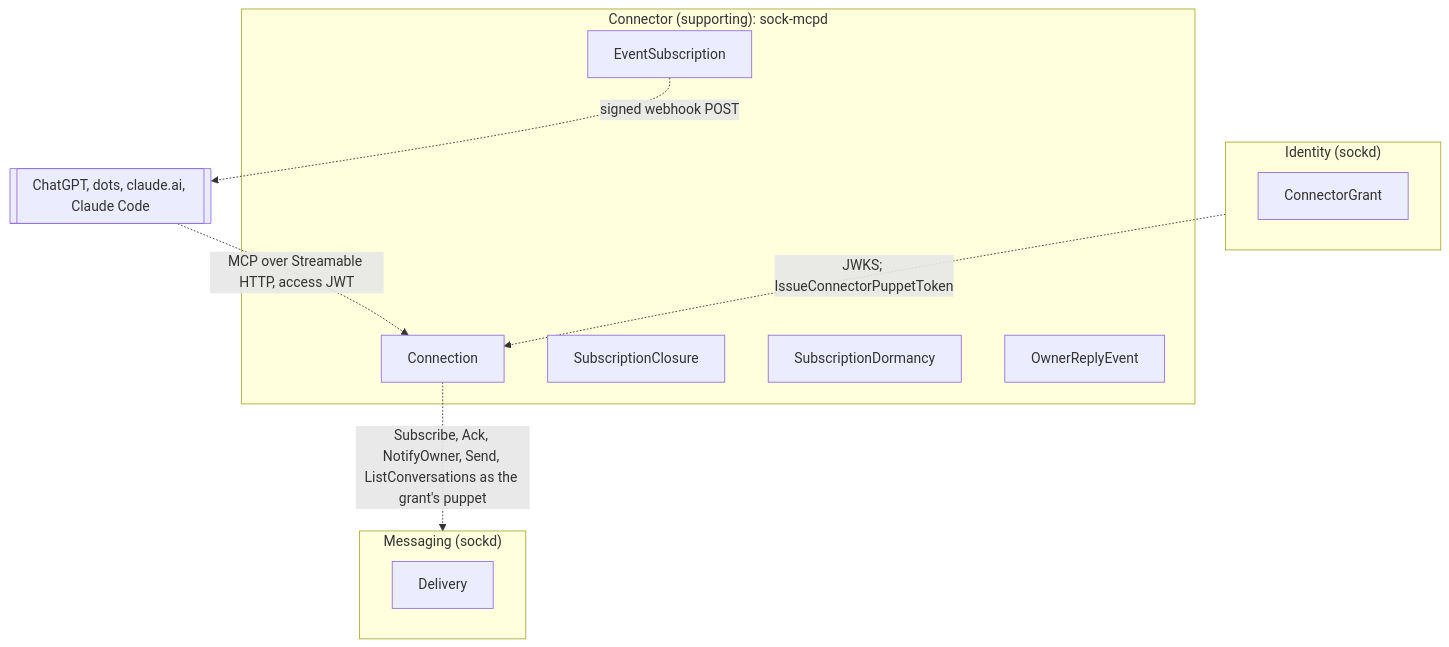
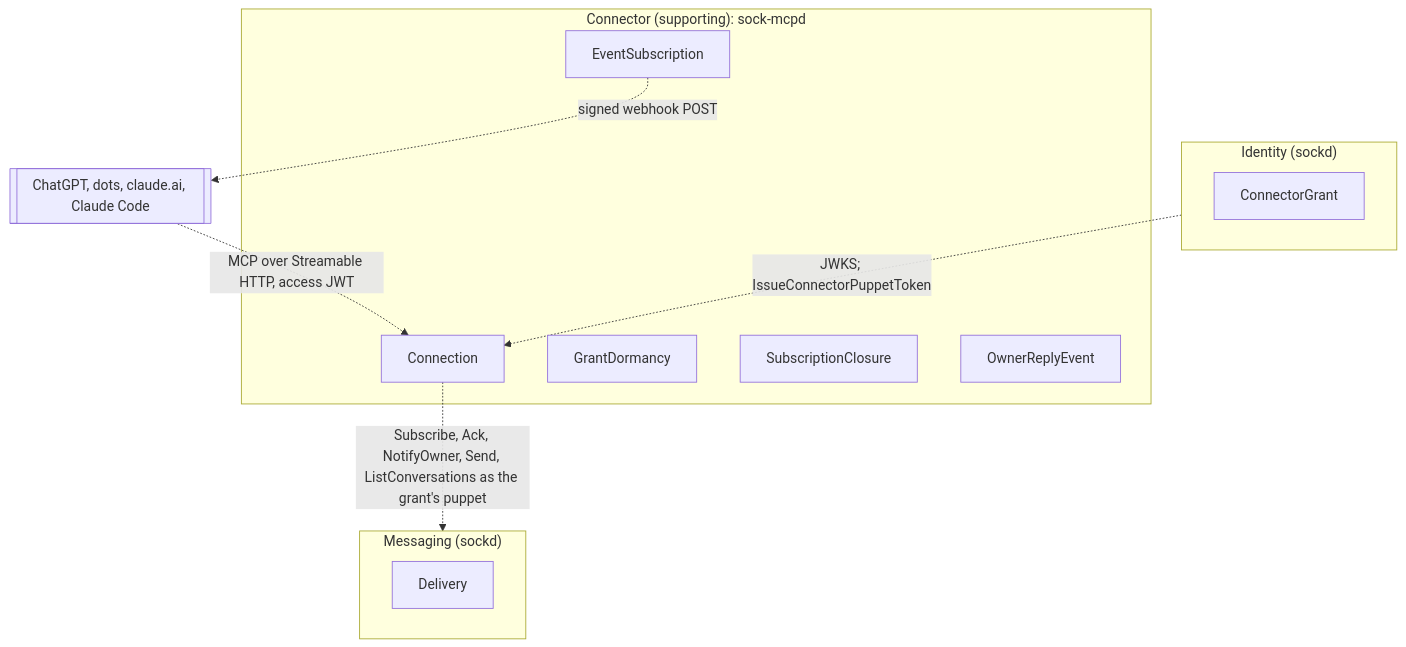
One commit to Aeryx-ai/sock-integrations changed the first of 3 diagrams in docs/specs/connector.md. Above: the diagram before and after it, drawn with Mermaid. The commit also changed other lines of this file, not shown here.

Commit message:
integrations: connector spec moves dormancy onto the grant as GrantDormancy, has every dormancy write lock the grant, the sweep read in grant order skipping busy grants with the daily backstop through the same path, and a gone grant's subscribe answer a retry

````diff
--- a/docs/specs/connector.md
+++ b/docs/specs/connector.md
@@ -9,16 +9,16 @@
 ```mermaid
 flowchart TB
     subgraph CN["Connector (supporting): sock-mcpd"]
-        Connection; EventSubscription; SubscriptionClosure; SubscriptionDormancy; OwnerReplyEvent
+        Connection; GrantDormancy; EventSubscription; SubscriptionClosure; OwnerReplyEvent
     end
     subgraph ID["Identity (sockd)"]
         ConnectorGrant
     end
     subgraph MS["Messaging (sockd)"]
         Delivery
     end
     PLAT[["ChatGPT, dots, claude.ai, Claude Code"]] -. "MCP over Streamable HTTP, access JWT" .-> Connection
     ID -. "JWKS; IssueConnectorPuppetToken" .-> Connection
     Connection -. "Subscribe, Ack, NotifyOwner, Send, ListConversations as the grant's puppet" .-> MS
     EventSubscription -. "signed webhook POST" .-> PLAT
 ```
````
